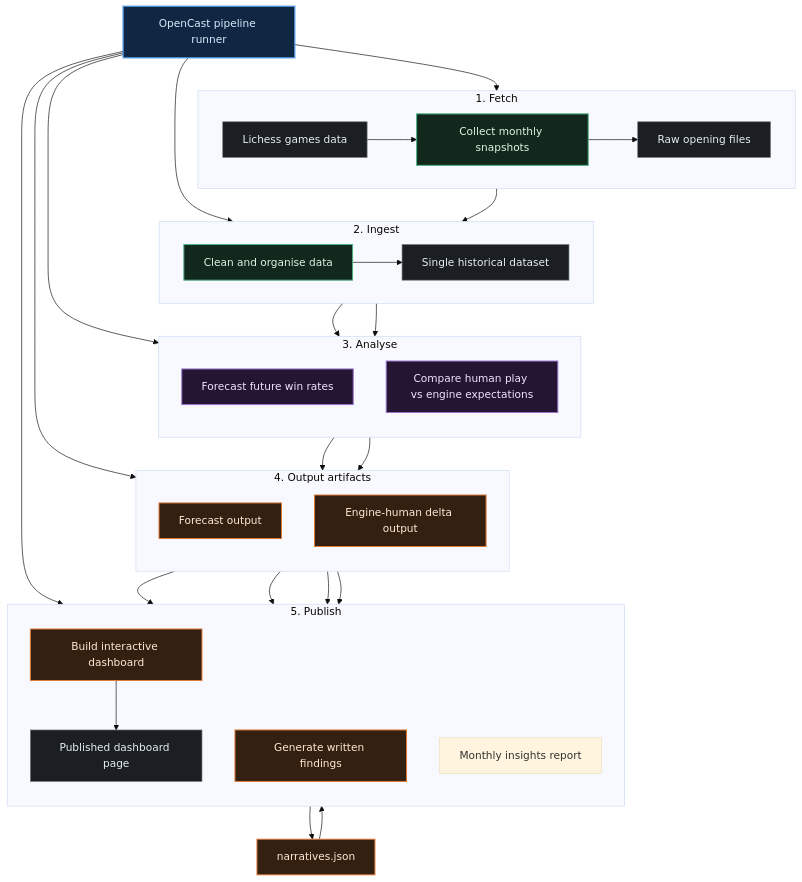
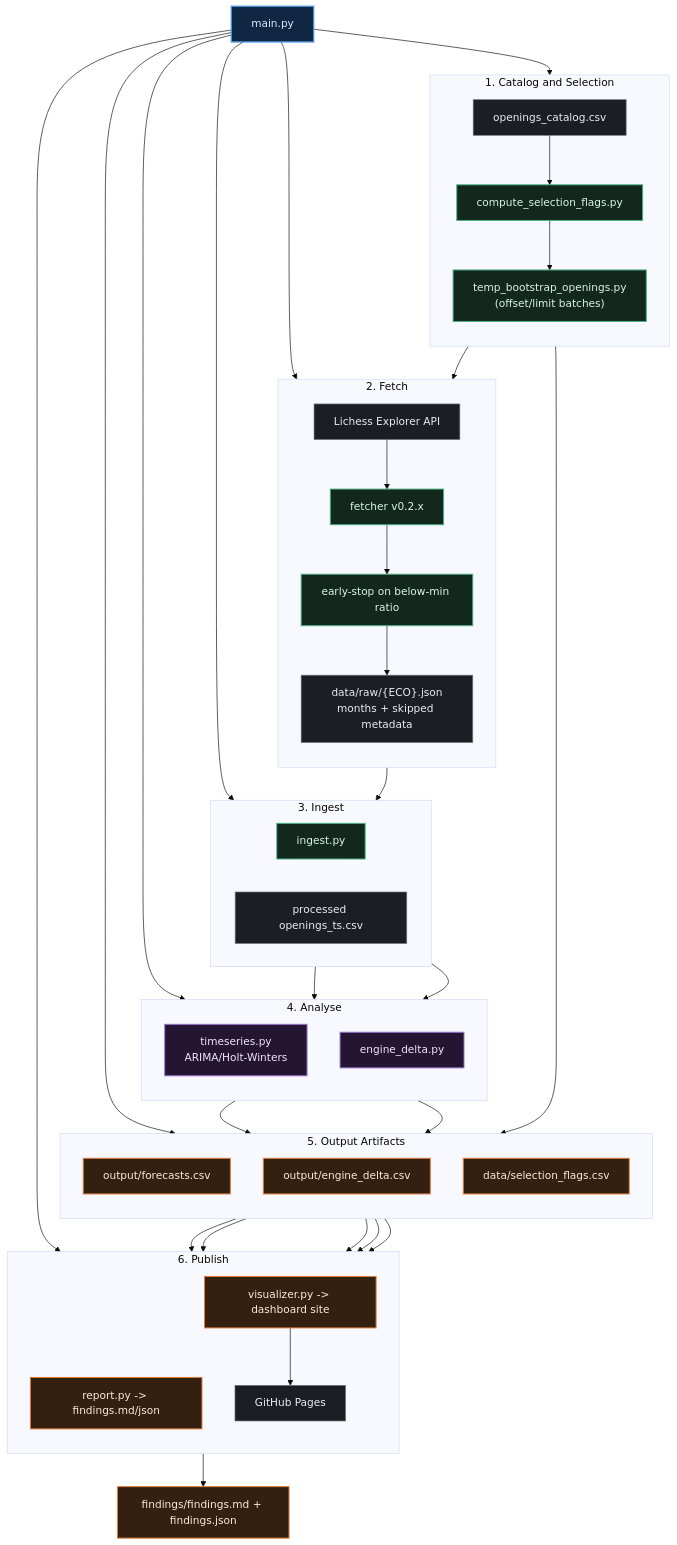
Before and after one commit to coeusyk/opencast: the diagram in README.md, drawn with Mermaid (base theme). The commit also changed other lines of this file and 1 other file, not shown here.

Commit message:
docs: update architecture and README for tiered opening workflow

````diff
--- a/README.md
+++ b/README.md
@@ -90,68 +94,82 @@
 ```mermaid
 ---
 config:
   layout: dagre
 ---
 flowchart TB
- subgraph FETCH["1. Fetch"]
+ subgraph CATALOG["1. Catalog and Selection"]
+  direction TB
+    CATALOGCSV["openings_catalog.csv"]
+    FLAGS["compute_selection_flags.py"]
+    BATCH["temp_bootstrap_openings.py\n(offset/limit batches)"]
+  end
+ subgraph FETCH["2. Fetch"]
+  direction TB
+    LICHESS["Lichess Explorer API"]
+    RUST["fetcher v0.2.x"]
+    EARLY["early-stop on below-min ratio"]
+    RAW["data/raw/{ECO}.json\nmonths + skipped metadata"]
+  end
+ subgraph INGEST["3. Ingest"]
     direction LR
-        LICHESS["Lichess games data"]
-        SNAP["Collect monthly snapshots"]
-        RAW["Raw opening files"]
+    CLEAN["ingest.py"]
+    HIST["processed openings_ts.csv"]
   end
- subgraph INGEST["2. Ingest"]
-    direction LR
-        CLEAN["Clean and organise data"]
-        HIST["Single historical dataset"]
+ subgraph ANALYSE["4. Analyse"]
+    direction TB
+    TS["timeseries.py\nARIMA/Holt-Winters"]
+    DELTA["engine_delta.py"]
   end
- subgraph ANALYSE["3. Analyse"]
+ subgraph OUTPUTS["5. Output Artifacts"]
     direction TB
-        FORECAST["Forecast future win rates"]
-        DELTA["Compare human play vs engine expectations"]
+    FOUT["output/forecasts.csv"]
+    DOUT["output/engine_delta.csv"]
+    SEL["data/selection_flags.csv"]
   end
- subgraph OUTPUTS["4. Output artifacts"]
+ subgraph PUBLISH["6. Publish"]
     direction TB
-        FOUT["Forecast output"]
-        DOUT["Engine-human delta output"]
+    REPORT["report.py -> findings.md/json"]
+    DASH["visualizer.py -> dashboard site"]
+    PAGE["GitHub Pages"]
   end
- subgraph PUBLISH["5. Publish"]
-    direction TB
-        DASH["Build interactive dashboard"]
-        FIND["Generate written findings"]
-        PAGE["Published dashboard page"]
-        REPORT["Monthly insights report"]
-  end
-    LICHESS --> SNAP
-    SNAP --> RAW
-    CLEAN --> HIST
-    RUNNER["OpenCast pipeline runner"] --> FETCH & INGEST & ANALYSE & OUTPUTS & PUBLISH
+
+  RUNNER["main.py"] --> CATALOG & FETCH & INGEST & ANALYSE & OUTPUTS & PUBLISH
+  CATALOGCSV --> FLAGS --> BATCH
+  BATCH --> RUST
+  LICHESS --> RUST --> EARLY --> RAW
+  BATCH --> SEL
     RAW --> CLEAN
-    HIST --> FORECAST & DELTA
-    FORECAST --> FOUT
+  HIST --> TS & DELTA
+  TS --> FOUT
     DELTA --> DOUT
-    FOUT --> DASH & FIND
-    DOUT --> DASH & FIND
+  FOUT --> REPORT & DASH
+  DOUT --> REPORT & DASH
+  SEL --> DASH
     DASH --> PAGE
-      FIND --> NARRATIVE["narratives.json"]
-      NARRATIVE --> DASH
+  REPORT --> FINDINGS["findings/findings.md + findings.json"]
 
      LICHESS:::data
-     SNAP:::ingest
+   CATALOGCSV:::data
+   FLAGS:::ingest
+   BATCH:::ingest
+   RUST:::ingest
+   EARLY:::ingest
      RAW:::data
      CLEAN:::ingest
      HIST:::data
-     FORECAST:::analyse
+   TS:::analyse
      DELTA:::analyse
      FOUT:::output
      DOUT:::output
+   SEL:::output
      DASH:::output
-     FIND:::output
-    NARRATIVE:::output
+   REPORT:::output
+  FINDINGS:::output
     PAGE:::data
      RUNNER:::runner
     classDef runner  fill:#0f2742,stroke:#4a90d9,stroke-width:2px,color:#d9ecff
     classDef ingest  fill:#13281d,stroke:#4caf82,stroke-width:1.5px,color:#daf5e4
     classDef analyse fill:#241633,stroke:#9b72cf,stroke-width:1.5px,color:#f0e4ff
     classDef output  fill:#332011,stroke:#e07b39,stroke-width:1.5px,color:#ffe9d6
     classDef data    fill:#1b1f24,stroke:#6e7681,stroke-width:1px,color:#e6edf3
 ```
````
